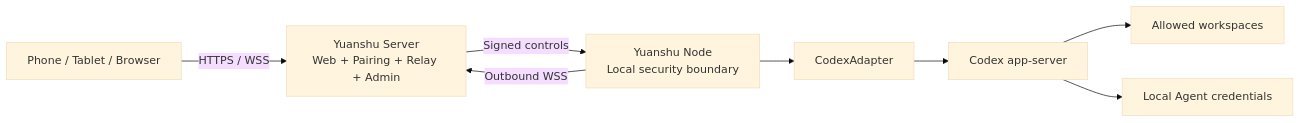
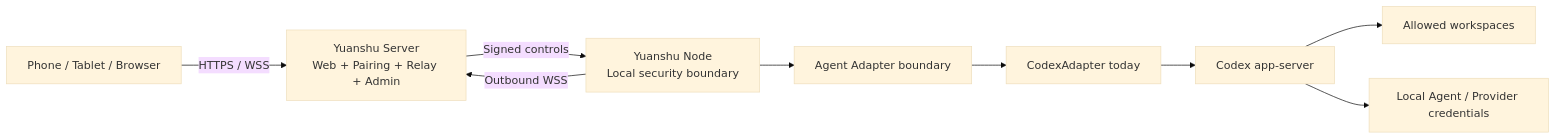
One commit to yuanshu-ai/yuanshu changed the diagram in README.md. Above: the diagram before and after it, drawn with Mermaid (base theme). The commit also changed other lines of this file and 5 other files, not shown here.

Commit message:
docs: clarify codex-first agent platform direction

````diff
--- a/README.md
+++ b/README.md
@@ -124,10 +127,11 @@
 ```mermaid
 flowchart LR
     Client["Phone / Tablet / Browser"] -->|"HTTPS / WSS"| Server["Yuanshu Server<br/>Web + Pairing + Relay + Admin"]
     Node["Yuanshu Node<br/>Local security boundary"] -->|"Outbound WSS"| Server
     Server -->|"Signed controls"| Node
-    Node --> Adapter["CodexAdapter"]
-    Adapter --> Codex["Codex app-server"]
-    Codex --> Workspace["Allowed workspaces"]
-    Codex --> Credentials["Local Agent credentials"]
+    Node --> Registry["Agent Adapter boundary"]
+    Registry --> Adapter["CodexAdapter today"]
+    Adapter --> Runtime["Codex app-server"]
+    Runtime --> Workspace["Allowed workspaces"]
+    Runtime --> Credentials["Local Agent / Provider credentials"]
 ```
````
